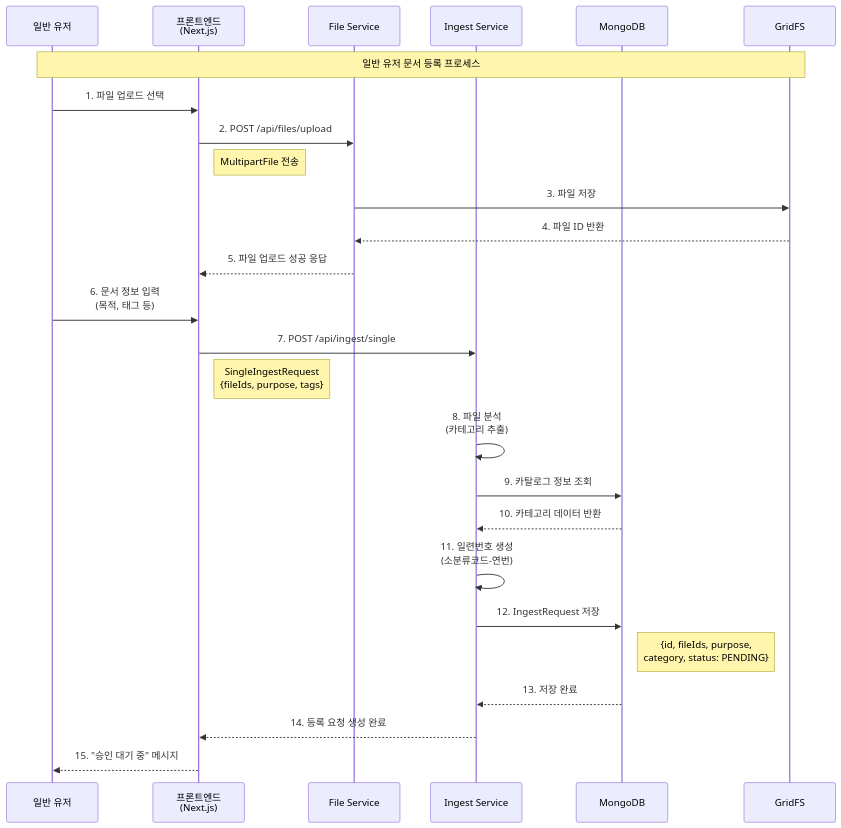
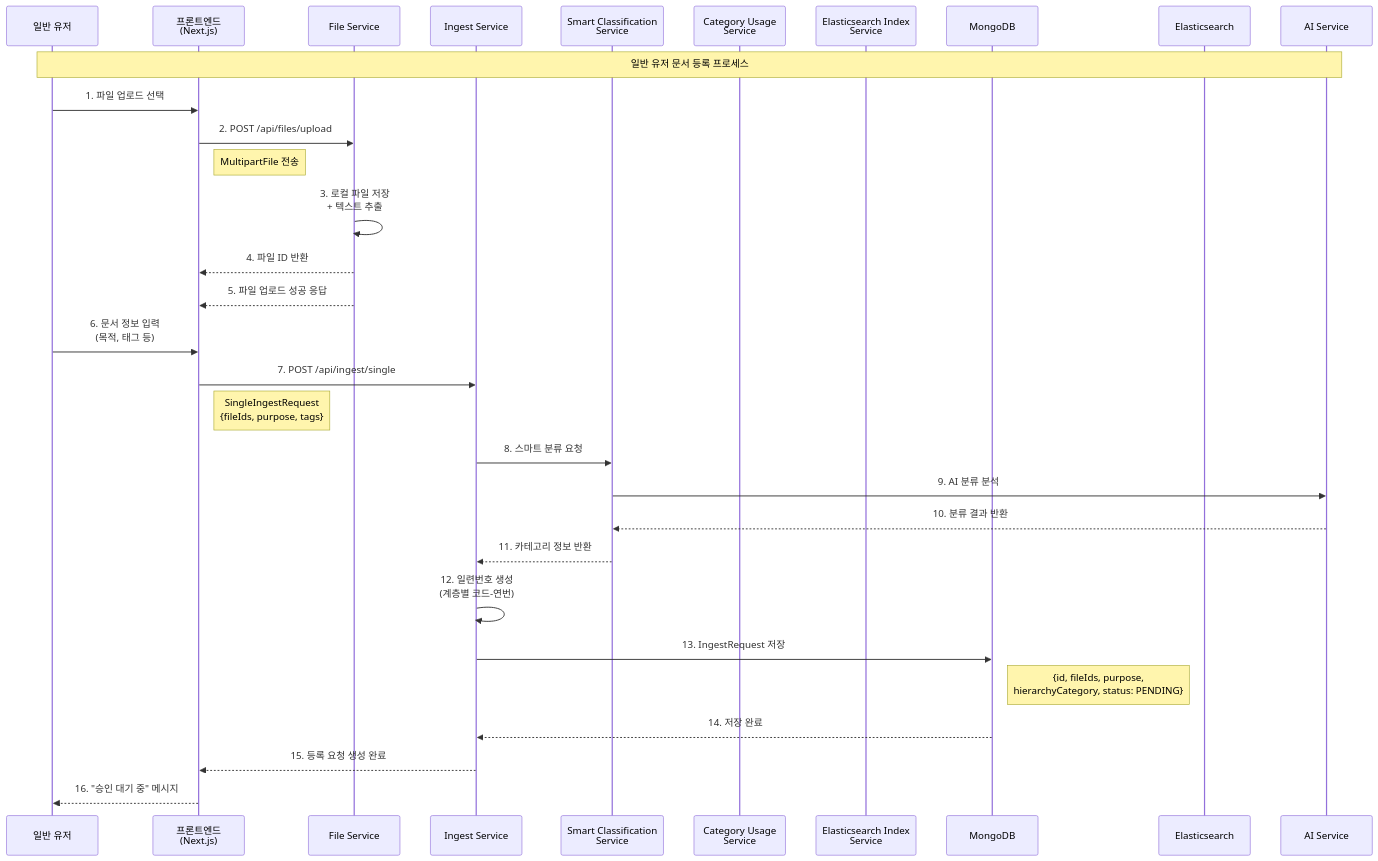
Before and after one commit to hadonas/kt-vibe-mdm: the first of 2 diagrams in diagrams/document-registration-sequence.md, drawn with Mermaid. The commit also changed other lines of this file and 7 other files, not shown here.

````diff
--- a/diagrams/document-registration-sequence.md
+++ b/diagrams/document-registration-sequence.md
@@ -5,34 +5,39 @@
 ```mermaid
 sequenceDiagram
     participant U as 일반 유저
     participant F as 프론트엔드<br/>(Next.js)
     participant FS as File Service
     participant IS as Ingest Service
+    participant SCS as Smart Classification<br/>Service
+    participant CUS as Category Usage<br/>Service
+    participant EIS as Elasticsearch Index<br/>Service
     participant M as MongoDB
-    participant GridFS as GridFS
+    participant E as Elasticsearch
+    participant AI as AI Service
 
-    Note over U,GridFS: 일반 유저 문서 등록 프로세스
+    Note over U,AI: 일반 유저 문서 등록 프로세스
 
     U->>F: 1. 파일 업로드 선택
     F->>FS: 2. POST /api/files/upload
     Note right of F: MultipartFile 전송
-    FS->>GridFS: 3. 파일 저장
-    GridFS-->>FS: 4. 파일 ID 반환
+    FS->>FS: 3. 로컬 파일 저장<br/>+ 텍스트 추출
+    FS-->>F: 4. 파일 ID 반환
     FS-->>F: 5. 파일 업로드 성공 응답
 
     U->>F: 6. 문서 정보 입력<br/>(목적, 태그 등)
     F->>IS: 7. POST /api/ingest/single
     Note right of F: SingleIngestRequest<br/>{fileIds, purpose, tags}
     
-    IS->>IS: 8. 파일 분석<br/>(카테고리 추출)
-    IS->>M: 9. 카탈로그 정보 조회
-    M-->>IS: 10. 카테고리 데이터 반환
+    IS->>SCS: 8. 스마트 분류 요청
+    SCS->>AI: 9. AI 분류 분석
+    AI-->>SCS: 10. 분류 결과 반환
+    SCS-->>IS: 11. 카테고리 정보 반환
     
-    IS->>IS: 11. 일련번호 생성<br/>(소분류코드-연번)
-    IS->>M: 12. IngestRequest 저장
-    Note right of M: {id, fileIds, purpose,<br/>category, status: PENDING}
-    M-->>IS: 13. 저장 완료
+    IS->>IS: 12. 일련번호 생성<br/>(계층별 코드-연번)
+    IS->>M: 13. IngestRequest 저장
+    Note right of M: {id, fileIds, purpose,<br/>hierarchyCategory, status: PENDING}
+    M-->>IS: 14. 저장 완료
 
-    IS-->>F: 14. 등록 요청 생성 완료
-    F-->>U: 15. "승인 대기 중" 메시지
+    IS-->>F: 15. 등록 요청 생성 완료
+    F-->>U: 16. "승인 대기 중" 메시지
 ```
````
